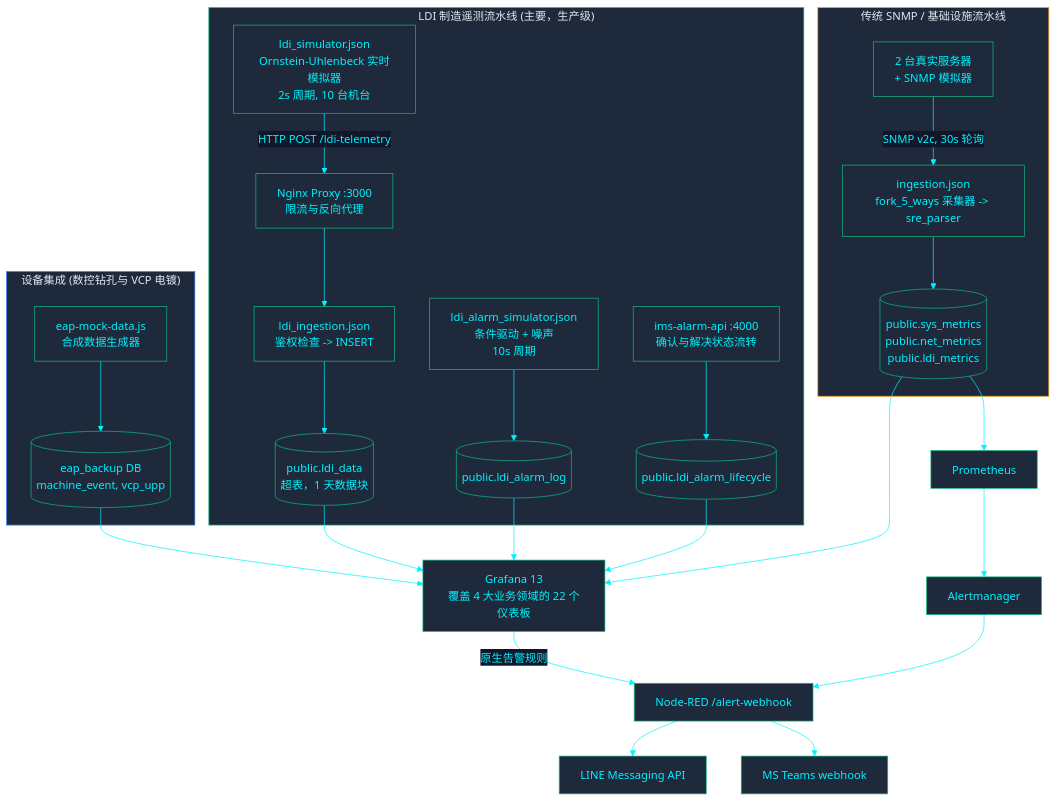
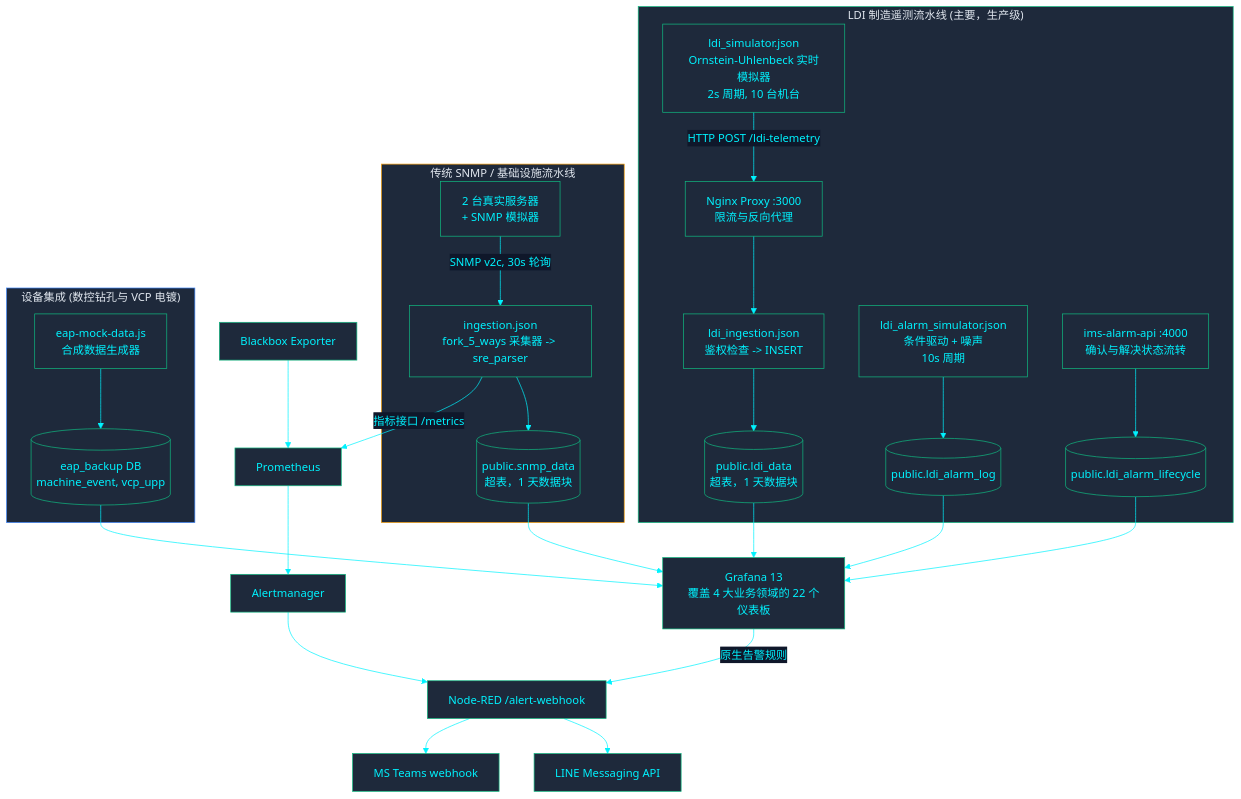
The diagram in zh-CN/docs/architecture/ARCHITECTURE.md (PATTANAKORN025/IMS), drawn with Mermaid before and after one commit. The commit also changed 36 other files, not shown here.

First line of the commit message:
fix(docs): reconcile 115 mermaid diagrams with architecture across 3 languages

````diff
--- a/zh-CN/docs/architecture/ARCHITECTURE.md
+++ b/zh-CN/docs/architecture/ARCHITECTURE.md
@@ -28,35 +28,36 @@
 ```mermaid
 %%{init: {'theme': 'base', 'themeVariables': { 'primaryColor': '#1e293b', 'primaryTextColor': '#00F2FE', 'primaryBorderColor': '#10B981', 'lineColor': '#00F2FE', 'secondaryColor': '#0f172a', 'tertiaryColor': '#0f172a', 'clusterBkg': '#030407', 'clusterBorder': '#00F2FE'}}}%%
 flowchart TB
  subgraph LDI ["LDI 制造遥测流水线 (主要，生产级)"]
   SIM["ldi_simulator.json\nOrnstein-Uhlenbeck 实时模拟器\n2s 周期, 10 台机台"] -->|"HTTP POST /ldi-telemetry"| PROXY["Nginx Proxy :3000\n限流与反向代理"]
   PROXY --> ING["ldi_ingestion.json\n鉴权检查 -> INSERT"]
   ING --> LDIDATA[("public.ldi_data\n超表，1 天数据块")]
   ALMSIM["ldi_alarm_simulator.json\n条件驱动 + 噪声\n10s 周期"] --> ALARMLOG[("public.ldi_alarm_log")]
   ALARMAPI["ims-alarm-api :4000\n确认与解决状态流转"] --> ALARMLC[("public.ldi_alarm_lifecycle")]
  end
 
  subgraph LEGACY ["传统 SNMP / 基础设施流水线"]
   DEV["2 台真实服务器\n+ SNMP 模拟器"] -->|"SNMP v2c, 30s 轮询"| NR["ingestion.json\nfork_5_ways 采集器 -> sre_parser"]
-  NR --> SYSMETRICS[("public.sys_metrics\npublic.net_metrics\npublic.ldi_metrics")]
+  NR --> SNMPDATA[("public.snmp_data\n超表，1 天数据块")]
  end
 
  subgraph EAP ["设备集成 (数控钻孔与 VCP 电镀)"]
   MOCK["eap-mock-data.js\n合成数据生成器"] --> EAPDB[("eap_backup DB\nmachine_event, vcp_upp")]
  end
 
  LDIDATA --> GRAFANA["Grafana 13\n覆盖 4 大业务领域的 22 个仪表板"]
  ALARMLOG --> GRAFANA
  ALARMLC --> GRAFANA
- SYSMETRICS --> GRAFANA
+ SNMPDATA --> GRAFANA
  EAPDB --> GRAFANA
- SYSMETRICS --> PROM["Prometheus"]
+ NR -->|"指标接口 /metrics"| PROM["Prometheus"]
+ BBOX["Blackbox Exporter"] --> PROM
  GRAFANA -->|"原生告警规则"| NRWEBHOOK["Node-RED /alert-webhook"]
  PROM --> AM["Alertmanager"] --> NRWEBHOOK
  NRWEBHOOK --> LINE["LINE Messaging API"]
  NRWEBHOOK --> TEAMS["MS Teams webhook"]
 
  style LDI fill:#1e293b,stroke:#10B981,color:#e2e8f0
  style LEGACY fill:#1e293b,stroke:#F59E0B,color:#e2e8f0
  style EAP fill:#1e293b,stroke:#3B82F6,color:#e2e8f0
 ```
````
